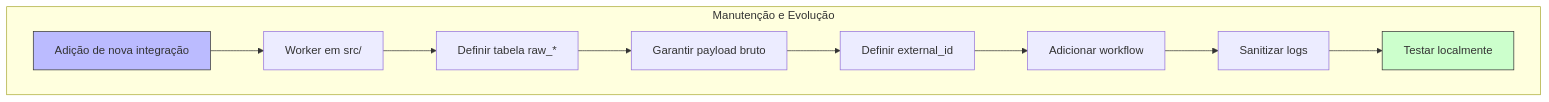
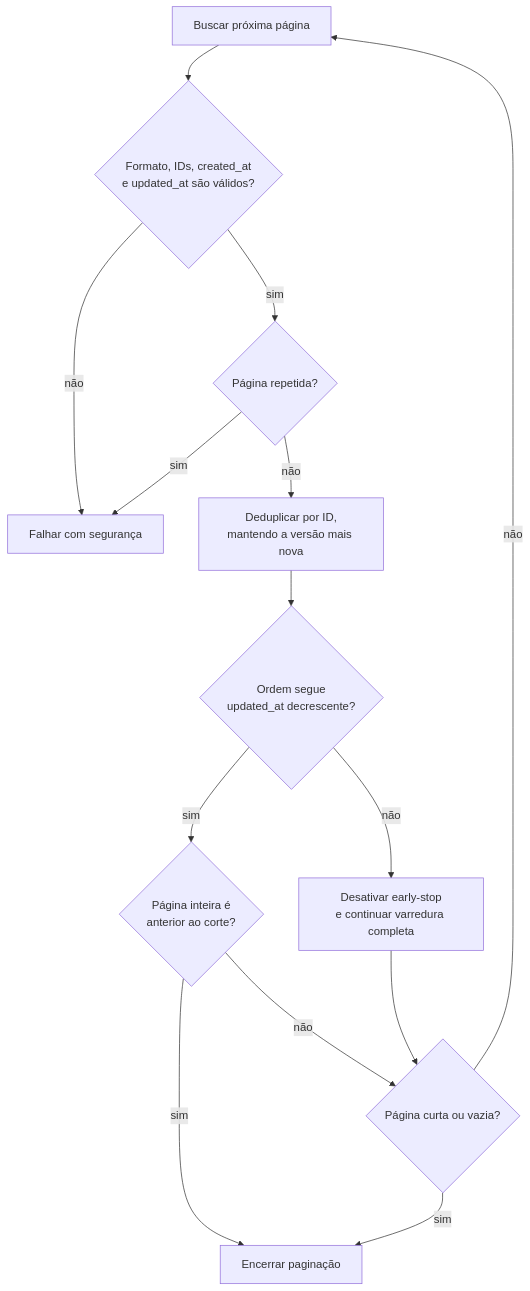
The third of 4 diagrams in README.md (lojadosapo/ls-data), drawn with Mermaid before and after one commit. The commit also changed other lines of this file and 76 other files, not shown here.

````diff
--- a/README.md
+++ b/README.md
@@ -462,14 +140,16 @@
 ```mermaid
-graph TD
-    subgraph "Manutenção e Evolução"
-        A[Adição de nova integração] --> B[Worker em src/<origem>]
-        B --> C[Definir tabela raw_*]
-        C --> D[Garantir payload bruto]
-        D --> E[Definir external_id]
-        E --> F[Adicionar workflow]
-        F --> G[Sanitizar logs]
-        G --> H[Testar localmente]
-    end
-    style A fill:#bbf,stroke:#333,stroke-width:1px
-    style H fill:#cfc,stroke:#333,stroke-width:1px
+flowchart TD
+    A[Buscar próxima página] --> B{Formato, IDs, created_at<br/>e updated_at são válidos?}
+    B -- não --> X[Falhar com segurança]
+    B -- sim --> C{Página repetida?}
+    C -- sim --> X
+    C -- não --> D[Deduplicar por ID,<br/>mantendo a versão mais nova]
+    D --> E{Ordem segue<br/>updated_at decrescente?}
+    E -- não --> F[Desativar early-stop<br/>e continuar varredura completa]
+    E -- sim --> G{Página inteira é<br/>anterior ao corte?}
+    G -- sim --> H[Encerrar paginação]
+    G -- não --> I{Página curta ou vazia?}
+    F --> I
+    I -- sim --> H
+    I -- não --> A
 ```
````
